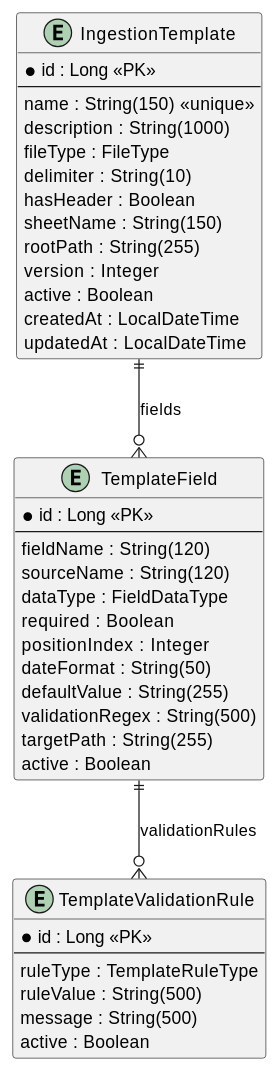
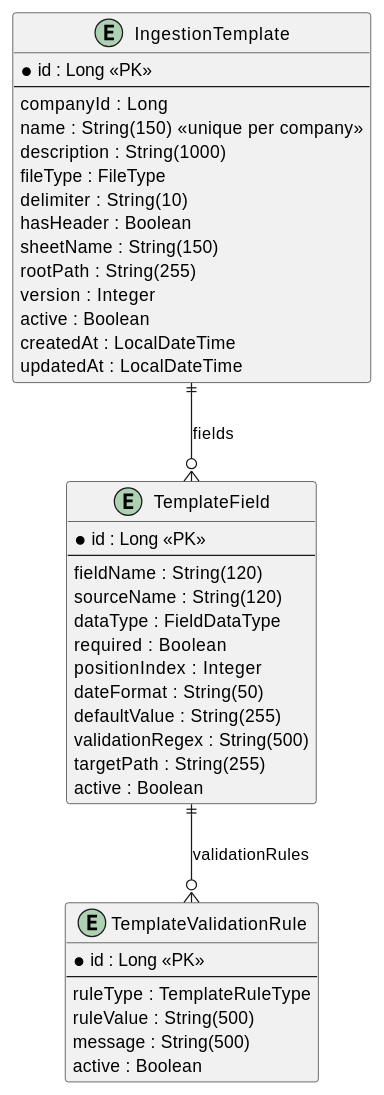
Before and after one commit to paulo-uab/salesPrevision: the first of 17 diagrams in docs/technical-documentation.md, drawn with PlantUML. The commit also changed other lines of this file and 48 other files, not shown here.

````diff
--- a/docs/technical-documentation.md
+++ b/docs/technical-documentation.md
@@ -348,46 +441,47 @@
 ```plantuml
 @startuml template-erd
 entity "IngestionTemplate" as T {
   * id : Long <<PK>>
   --
-  name : String(150) <<unique>>
+  companyId : Long
+  name : String(150) <<unique per company>>
   description : String(1000)
   fileType : FileType
   delimiter : String(10)
   hasHeader : Boolean
   sheetName : String(150)
   rootPath : String(255)
   version : Integer
   active : Boolean
   createdAt : LocalDateTime
   updatedAt : LocalDateTime
 }
 
 entity "TemplateField" as F {
   * id : Long <<PK>>
   --
   fieldName : String(120)
   sourceName : String(120)
   dataType : FieldDataType
   required : Boolean
   positionIndex : Integer
   dateFormat : String(50)
   defaultValue : String(255)
   validationRegex : String(500)
   targetPath : String(255)
   active : Boolean
 }
 
 entity "TemplateValidationRule" as R {
   * id : Long <<PK>>
   --
   ruleType : TemplateRuleType
   ruleValue : String(500)
   message : String(500)
   active : Boolean
 }
 
 T ||--o{ F : "fields"
 F ||--o{ R : "validationRules"
 @enduml
 ```
````
